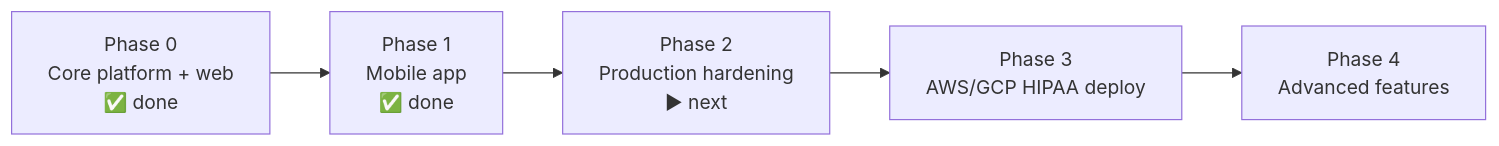
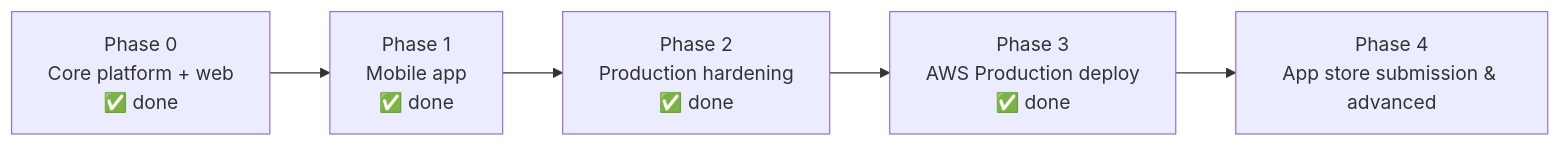
One commit to ibibinjose/AyurPass changed the diagram in docs/IMPLEMENTATION_PLAN.md. Above: the diagram before and after it, drawn with Mermaid. The commit also changed other lines of this file and 2 other files, not shown here.

Commit message:
docs: update README, BUILD-LOG, and IMPLEMENTATION_PLAN with AWS production deployment status

````diff
--- a/docs/IMPLEMENTATION_PLAN.md
+++ b/docs/IMPLEMENTATION_PLAN.md
@@ -34,7 +23,7 @@
 ```mermaid
 flowchart LR
   P0["Phase 0<br/>Core platform + web<br/>✅ done"] --> P1["Phase 1<br/>Mobile app<br/>✅ done"]
-  P1 --> P2["Phase 2<br/>Production hardening<br/>▶ next"]
-  P2 --> P3["Phase 3<br/>AWS/GCP HIPAA deploy"]
-  P3 --> P4["Phase 4<br/>Advanced features"]
+  P1 --> P2["Phase 2<br/>Production hardening<br/>✅ done"]
+  P2 --> P3["Phase 3<br/>AWS Production deploy<br/>✅ done"]
+  P3 --> P4["Phase 4<br/>App store submission & advanced"]
 ```
````
